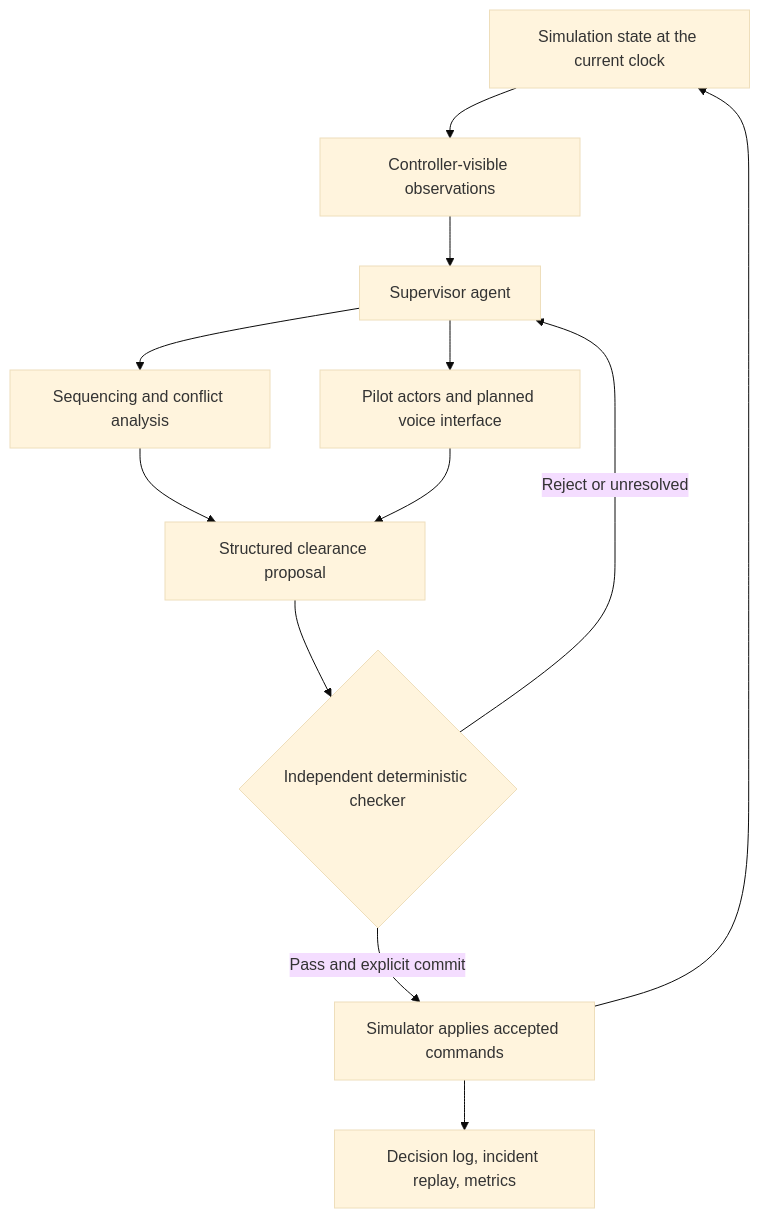
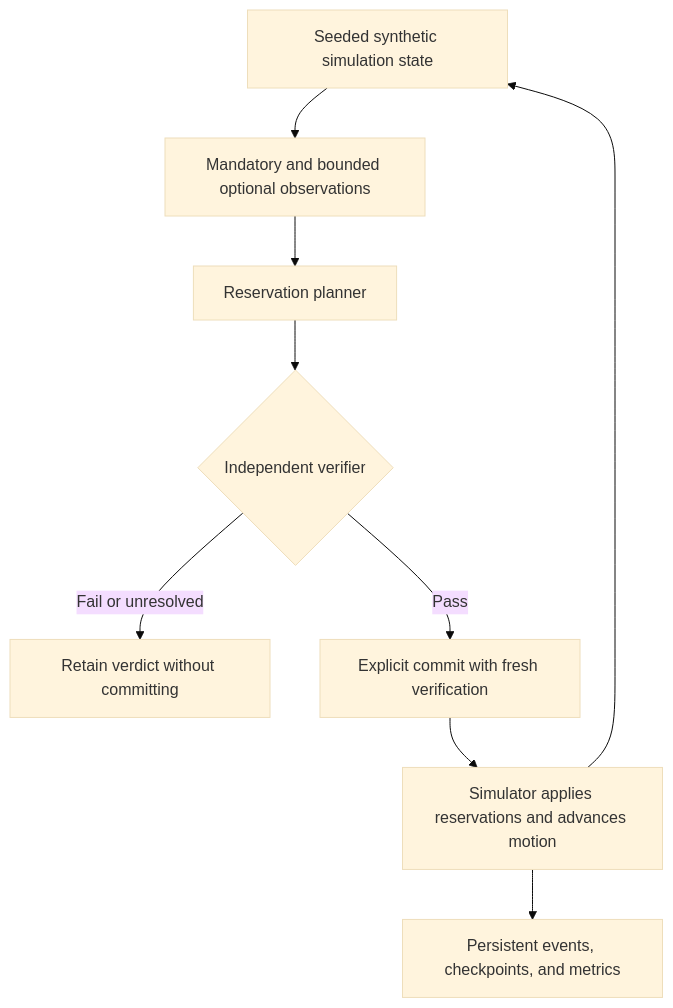
The second of 3 diagrams in README.md (arazfar/uita), drawn with Mermaid (base theme) before and after one commit. The commit also changed other lines of this file, not shown here.

Commit message:
Document implemented prototypes and remove README roadmap

````diff
--- a/README.md
+++ b/README.md
@@ -94,14 +73,11 @@
 ```mermaid
 flowchart TD
-    S[Simulation state at the current clock] --> O[Controller-visible observations]
-    O --> A[Supervisor agent]
-    A --> Q[Sequencing and conflict analysis]
-    A --> P[Pilot actors and planned voice interface]
-    Q --> C[Structured clearance proposal]
-    P --> C
-    C --> V{Independent deterministic checker}
-    V -->|Reject or unresolved| A
-    V -->|Pass and explicit commit| M[Simulator applies accepted commands]
+    S[Seeded synthetic simulation state] --> O[Mandatory and bounded optional observations]
+    O --> P[Reservation planner]
+    P --> V{Independent verifier}
+    V -->|Fail or unresolved| R[Retain verdict without committing]
+    V -->|Pass| C[Explicit commit with fresh verification]
+    C --> M[Simulator applies reservations and advances motion]
     M --> S
-    M --> L[Decision log, incident replay, metrics]
+    M --> L[Persistent events, checkpoints, and metrics]
 ```
````
